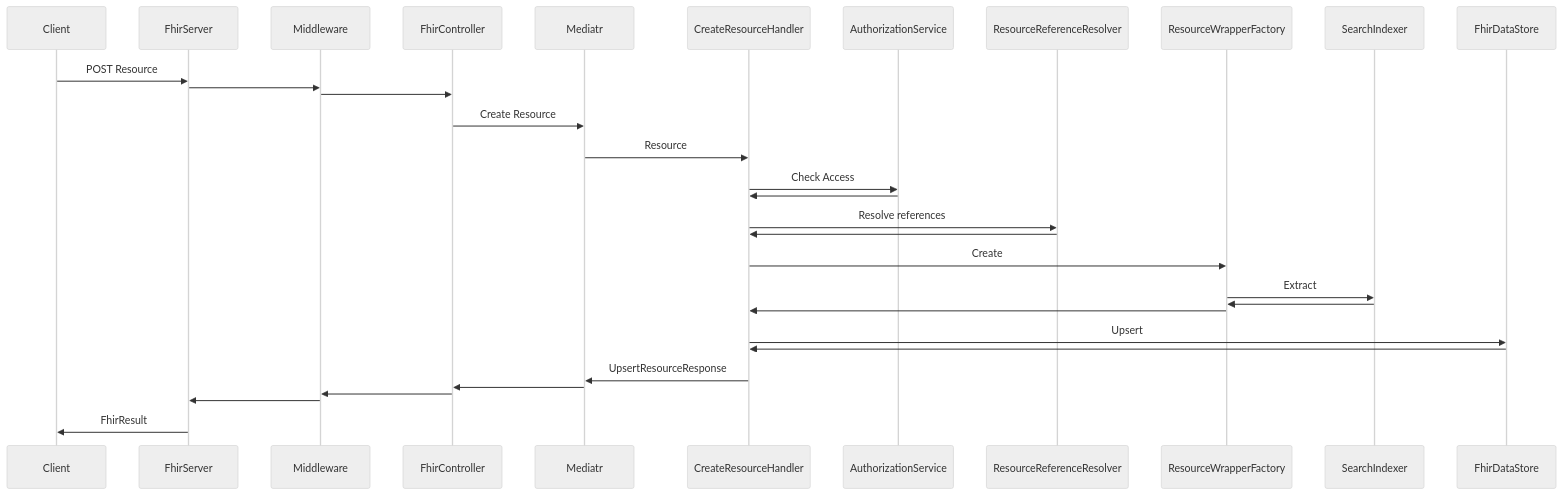
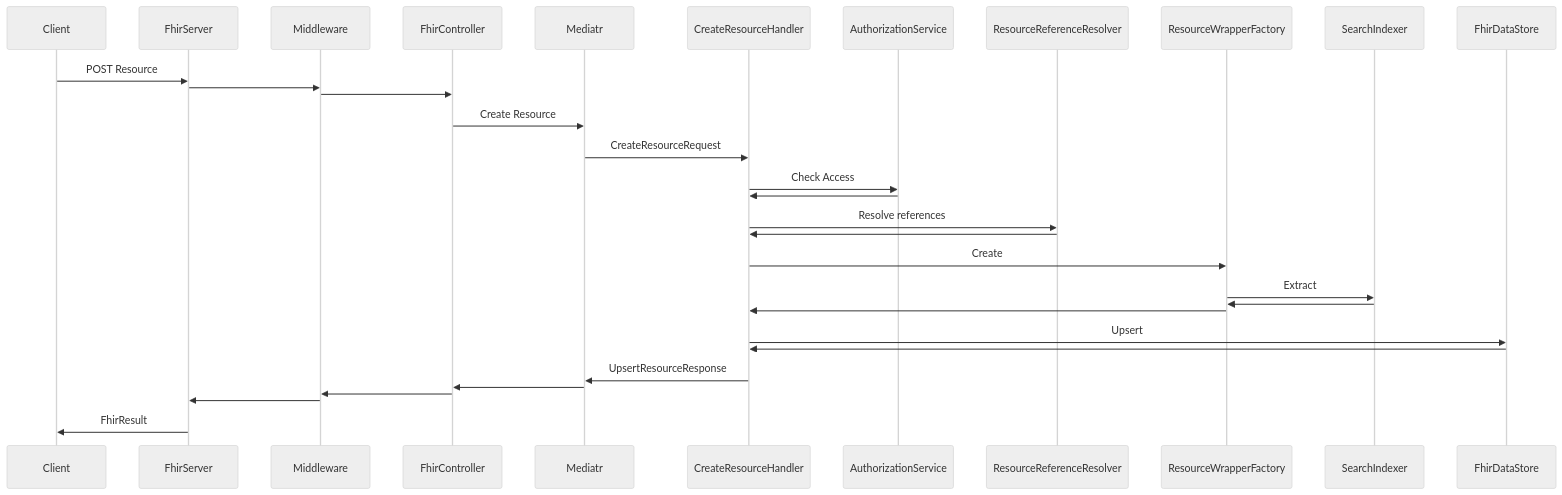
Before and after one commit to microsoft/fhir-server: the diagram in docs/flow diagrams/create-resource.md, drawn with Mermaid (neutral theme). The commit also changed 2 other files, not shown here.

Commit message:
Addressing PR feedback

````diff
--- a/docs/flow diagrams/create-resource.md
+++ b/docs/flow diagrams/create-resource.md
@@ -1,34 +1,23 @@
 ```mermaid
 sequenceDiagram
-    participant Client
-    participant FhirServer
-    participant Middleware
-    participant FhirController
-    participant Mediatr
-    participant CreateResourceHandler
-    participant AuthorizationService
-    participant ResourceReferenceResolver
-    participant ResourceWrapperFactory
-    participant SearchIndexer
-    participant FhirDataStore
     Client->>FhirServer: POST Resource
     FhirServer->>Middleware:
     Middleware->>FhirController:
     FhirController->>Mediatr: Create Resource
-    Mediatr->>CreateResourceHandler: Resource
+    Mediatr->>CreateResourceHandler: CreateResourceRequest
     CreateResourceHandler->>AuthorizationService: Check Access
     AuthorizationService->>CreateResourceHandler:
     CreateResourceHandler->>ResourceReferenceResolver: Resolve references
     ResourceReferenceResolver->>CreateResourceHandler:
     CreateResourceHandler->>ResourceWrapperFactory: Create
     ResourceWrapperFactory->>SearchIndexer: Extract
     SearchIndexer->>ResourceWrapperFactory:
     ResourceWrapperFactory->>CreateResourceHandler:
     CreateResourceHandler->>FhirDataStore: Upsert
     FhirDataStore->>CreateResourceHandler:
     CreateResourceHandler->>Mediatr: UpsertResourceResponse
     Mediatr->>FhirController:
     FhirController->>Middleware:
     Middleware->>FhirServer:
     FhirServer->>Client: FhirResult
 ```
````
